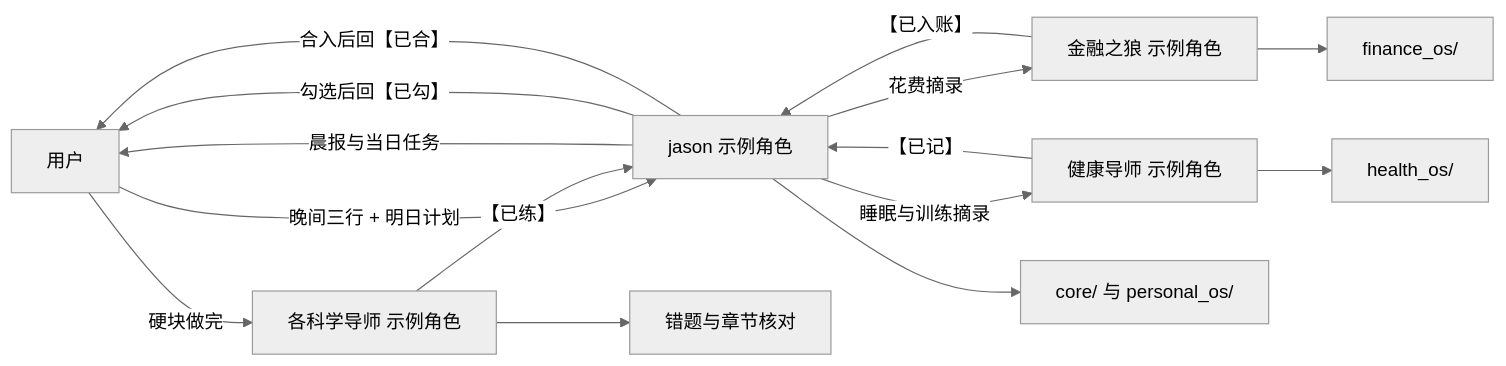
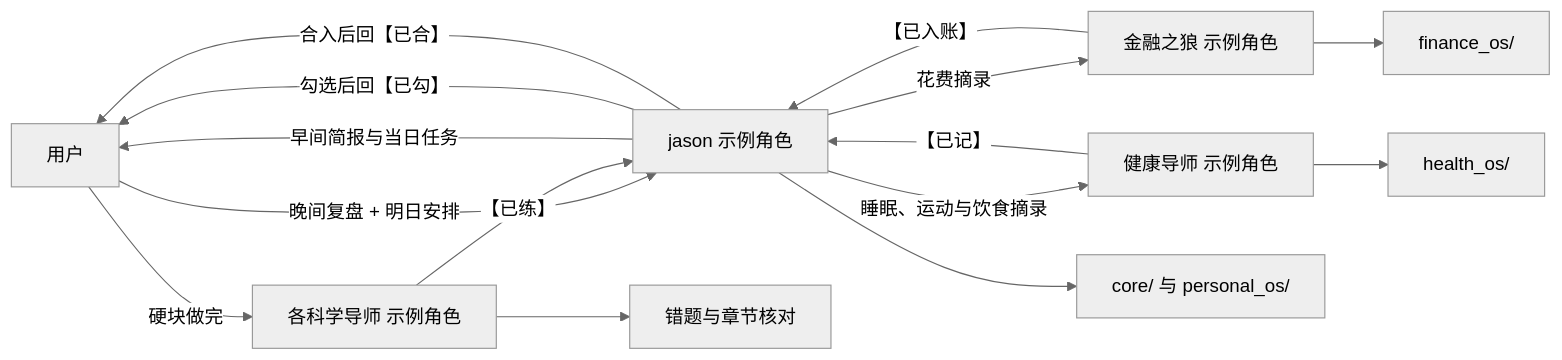
Before and after one commit to helu33/ai_personal_os: the third of 3 diagrams in README.md, drawn with Mermaid (neutral theme). The commit also changed other lines of this file and 24 other files, not shown here.

````diff
--- a/README.md
+++ b/README.md
@@ -64,24 +82,24 @@
 ```mermaid
 flowchart LR
   User[用户]
   Jason[jason 示例角色]
   Fin[金融之狼 示例角色]
   Health[健康导师 示例角色]
   Tutor[各科学导师 示例角色]
 
-  User -->|晚间三行 + 明日计划| Jason
-  Jason -->|晨报与当日任务| User
+  User -->|晚间复盘 + 明日安排| Jason
+  Jason -->|早间简报与当日任务| User
   User -->|硬块做完| Tutor
   Tutor -->|【已练】| Jason
   Jason -->|勾选后回【已勾】| User
   Jason -->|花费摘录| Fin
   Fin -->|【已入账】| Jason
   Jason -->|合入后回【已合】| User
-  Jason -->|睡眠与训练摘录| Health
+  Jason -->|睡眠、运动与饮食摘录| Health
   Health -->|【已记】| Jason
 
   Jason --> coreFiles[core/ 与 personal_os/]
   Fin --> finFiles[finance_os/]
   Health --> healthFiles[health_os/]
   Tutor --> learnFiles[错题与章节核对]
 ```
````
